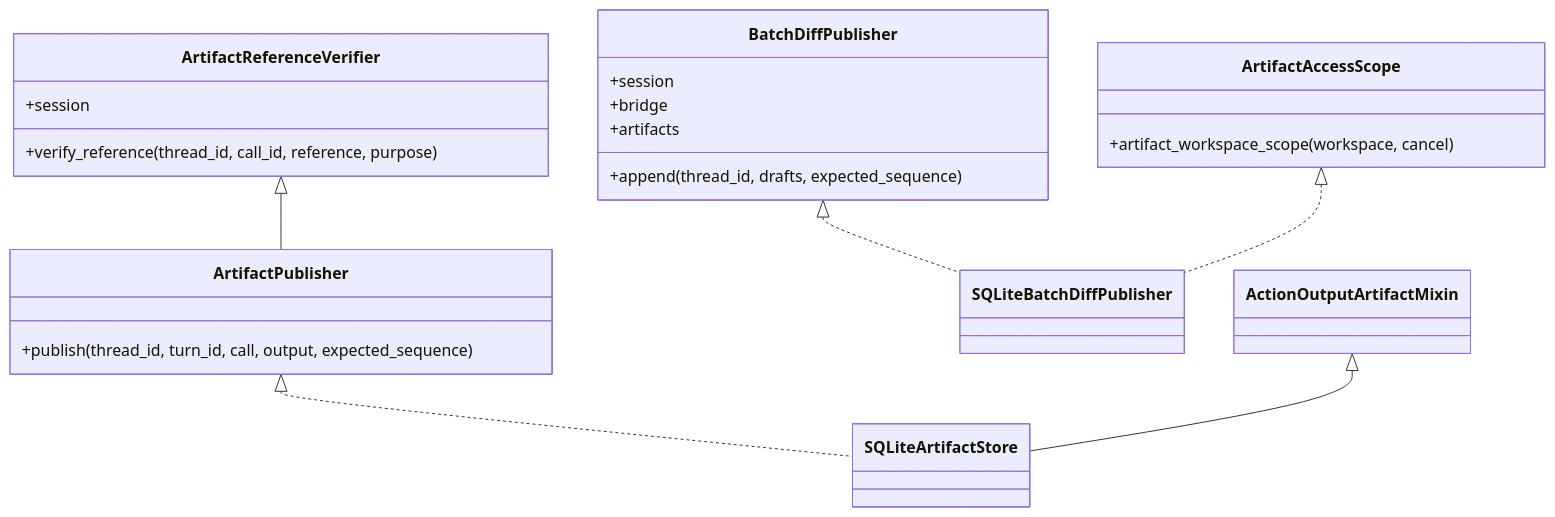
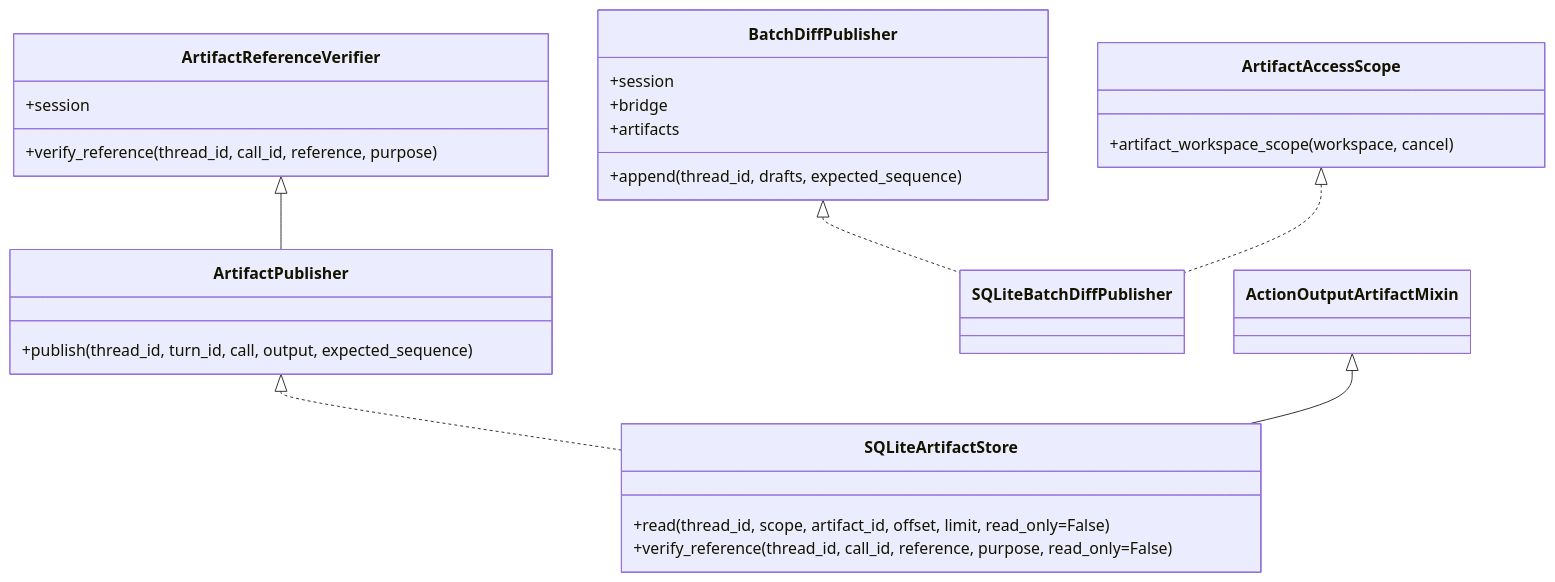
The second of 11 diagrams in docs/modules/artifacts.md (carrie1988/Harnessix), drawn with Mermaid before and after one commit. The commit also changed other lines of this file and 51 other files, not shown here.

````diff
--- a/docs/modules/artifacts.md
+++ b/docs/modules/artifacts.md
@@ -206,27 +210,30 @@
 ```mermaid
 classDiagram
     class ArtifactAccessScope {
       +artifact_workspace_scope(workspace, cancel)
     }
     class ArtifactReferenceVerifier {
       +session
       +verify_reference(thread_id, call_id, reference, purpose)
     }
     class ArtifactPublisher {
       +publish(thread_id, turn_id, call, output, expected_sequence)
     }
     class BatchDiffPublisher {
       +session
       +bridge
       +artifacts
       +append(thread_id, drafts, expected_sequence)
     }
-    class SQLiteArtifactStore
+    class SQLiteArtifactStore {
+      +read(thread_id, scope, artifact_id, offset, limit, read_only=False)
+      +verify_reference(thread_id, call_id, reference, purpose, read_only=False)
+    }
     class SQLiteBatchDiffPublisher
     class ActionOutputArtifactMixin
     ArtifactReferenceVerifier <|-- ArtifactPublisher
     ArtifactPublisher <|.. SQLiteArtifactStore
     BatchDiffPublisher <|.. SQLiteBatchDiffPublisher
     ActionOutputArtifactMixin <|-- SQLiteArtifactStore
     ArtifactAccessScope <|.. SQLiteBatchDiffPublisher
 ```
````
